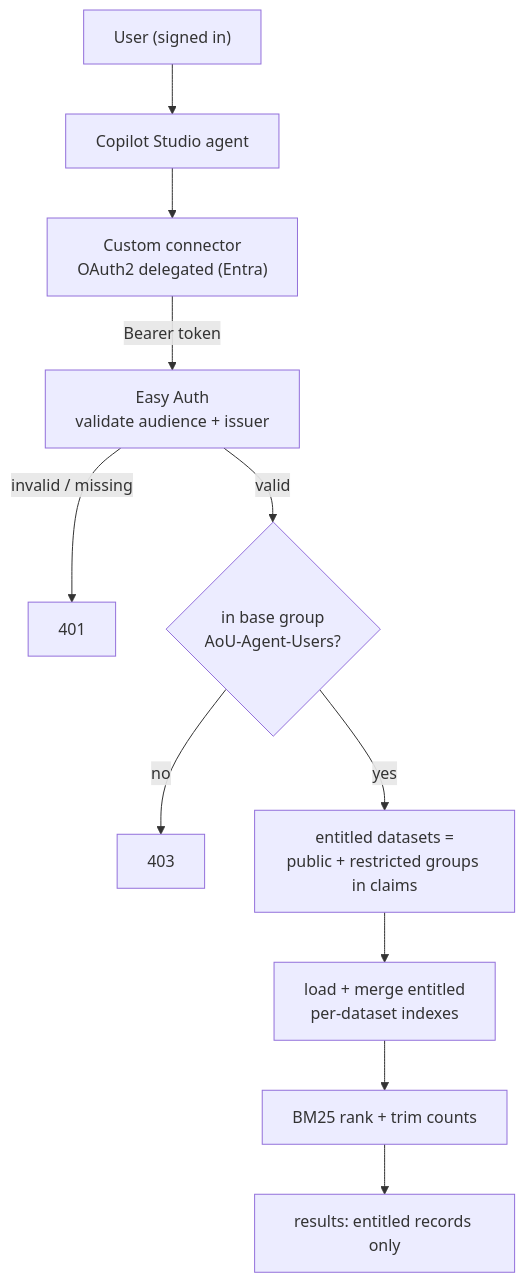
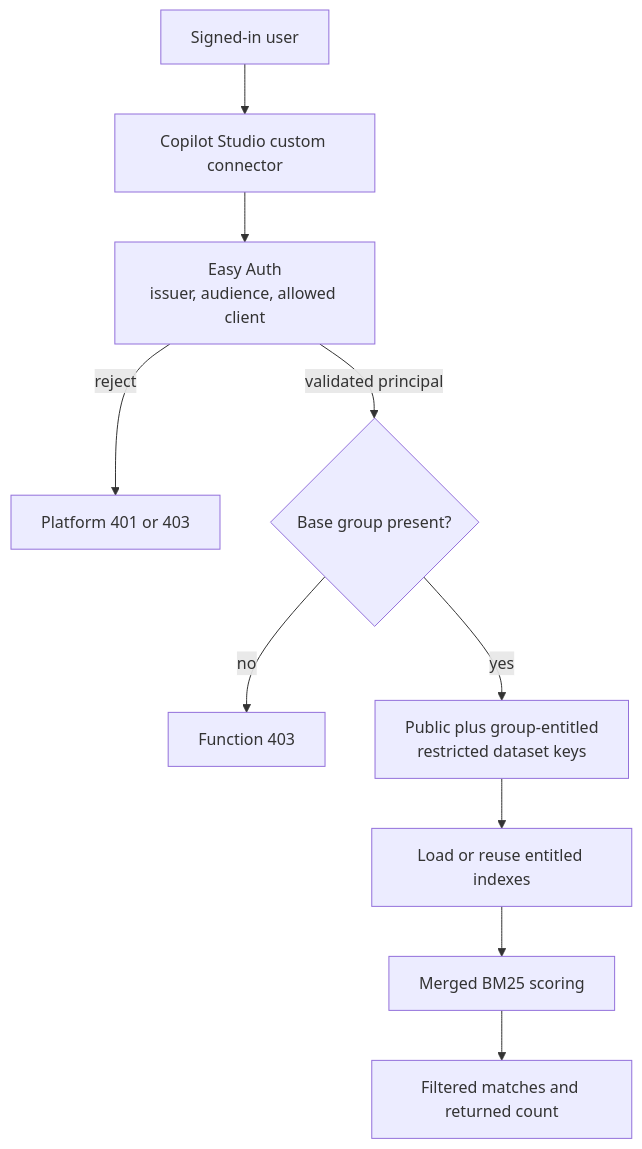
Before and after one commit to SteveCInVA/AllofUs-Agent: the diagram in docs/auth-design.md, drawn with Mermaid. The commit also changed other lines of this file and 16 other files, not shown here.

````diff
--- a/docs/auth-design.md
+++ b/docs/auth-design.md
@@ -103,13 +152,12 @@
 ```mermaid
 flowchart TB
-    U["User (signed in)"] --> AG["Copilot Studio agent"]
-    AG --> CC["Custom connector<br/>OAuth2 delegated (Entra)"]
-    CC -->|"Bearer token"| EA["Easy Auth<br/>validate audience + issuer"]
-    EA -- "invalid / missing" --> R401["401"]
-    EA -- "valid" --> BASE{"in base group<br/>AoU-Agent-Users?"}
-    BASE -- "no" --> R403["403"]
-    BASE -- "yes" --> ENT["entitled datasets =<br/>public + restricted groups in claims"]
-    ENT --> LOAD["load + merge entitled<br/>per-dataset indexes"]
-    LOAD --> RANK["BM25 rank + trim counts"]
-    RANK --> OUT["results: entitled records only"]
+    U["Signed-in user"] --> CC["Copilot Studio custom connector"]
+    CC --> EA["Easy Auth<br/>issuer, audience, allowed client"]
+    EA -- "reject" --> DENY["Platform 401 or 403"]
+    EA -- "validated principal" --> BASE{"Base group present?"}
+    BASE -- "no" --> R403["Function 403"]
+    BASE -- "yes" --> KEYS["Public plus group-entitled<br/>restricted dataset keys"]
+    KEYS --> LOAD["Load or reuse entitled indexes"]
+    LOAD --> BM["Merged BM25 scoring"]
+    BM --> OUT["Filtered matches and returned count"]
 ```
````
